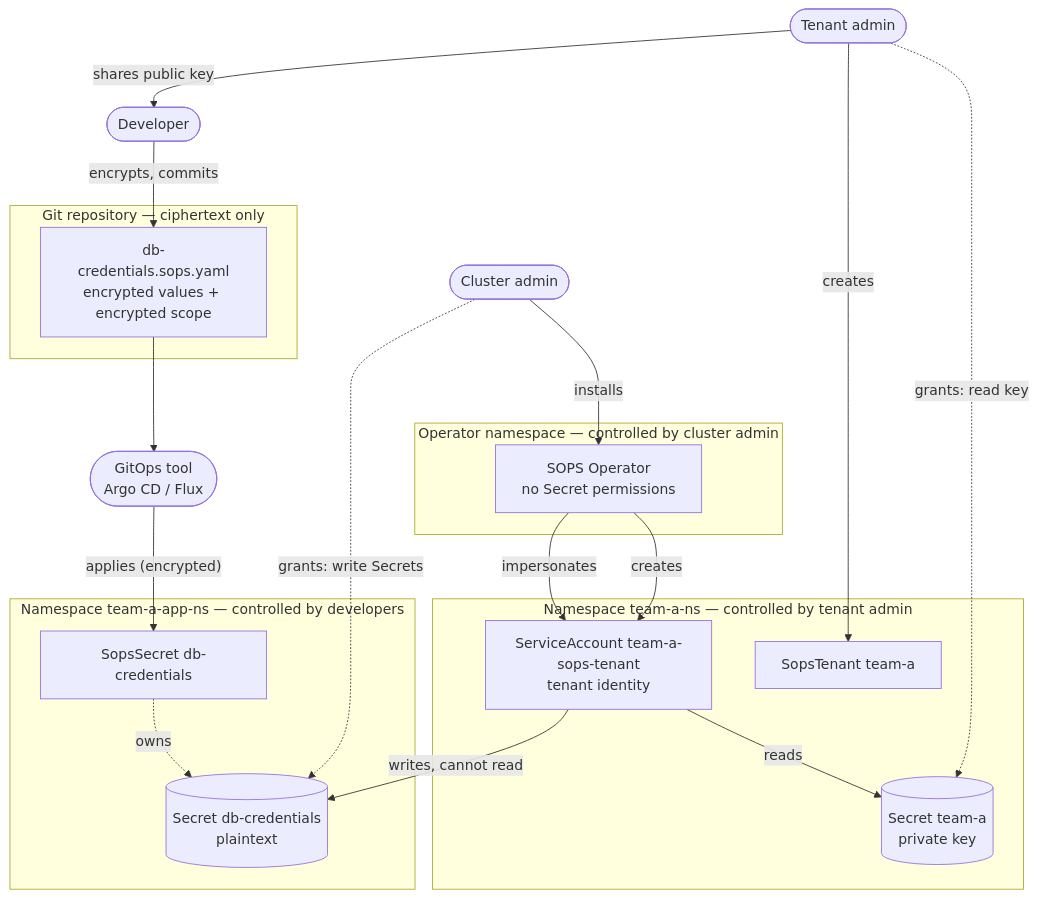
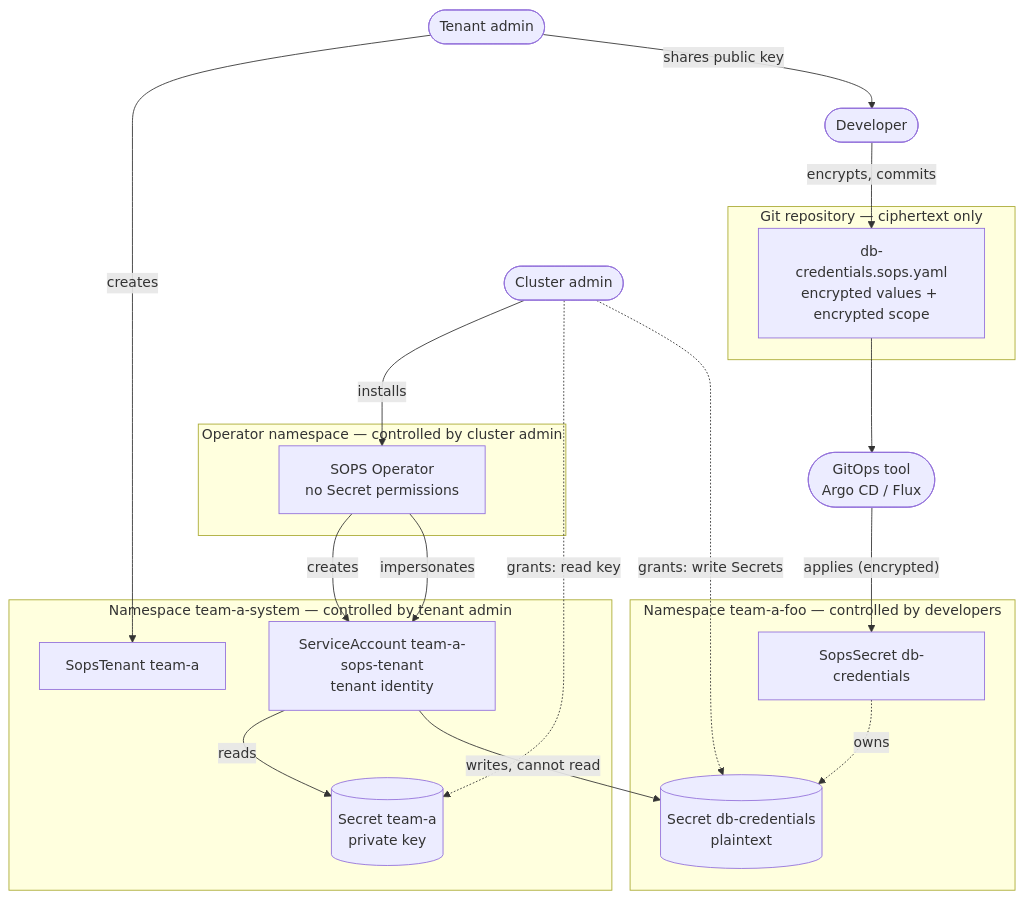
Before and after one commit to stakater/sops-operator: the diagram in README.md, drawn with Mermaid. The commit also changed other lines of this file and 3 other files, not shown here.

````diff
--- a/README.md
+++ b/README.md
@@ -111,41 +111,41 @@
 ```mermaid
 flowchart TB
     CA(["Cluster admin"])
     TA(["Tenant admin"])
     DEV(["Developer"])
 
     subgraph GIT["Git repository — ciphertext only"]
         FILE["db-credentials.sops.yaml<br/>encrypted values + encrypted scope"]
     end
 
     GITOPS(["GitOps tool<br/>Argo CD / Flux"])
 
     subgraph OPNS["Operator namespace — controlled by cluster admin"]
         OP["SOPS Operator<br/>no Secret permissions"]
     end
 
-    subgraph TNS["Namespace team-a-ns — controlled by tenant admin"]
+    subgraph TNS["Namespace team-a-system — controlled by tenant admin"]
         TEN["SopsTenant team-a"]
         KEY[("Secret team-a<br/>private key")]
         SA["ServiceAccount team-a-sops-tenant<br/>tenant identity"]
     end
 
-    subgraph APP["Namespace team-a-app-ns — controlled by developers"]
+    subgraph APP["Namespace team-a-foo — controlled by developers"]
         SS["SopsSecret db-credentials"]
         OUT[("Secret db-credentials<br/>plaintext")]
     end
 
     CA -->|installs| OP
     OP -->|creates| SA
-    TA -.->|"grants: read key"| KEY
+    CA -.->|"grants: read key"| KEY
     CA -.->|"grants: write Secrets"| OUT
     TA -->|creates| TEN
     TA -->|"shares public key"| DEV
     DEV -->|"encrypts, commits"| FILE
     FILE --> GITOPS
     GITOPS -->|"applies (encrypted)"| SS
     OP -->|impersonates| SA
     SA -->|reads| KEY
     SA -->|"writes, cannot read"| OUT
     SS -.->|owns| OUT
 ```
````
